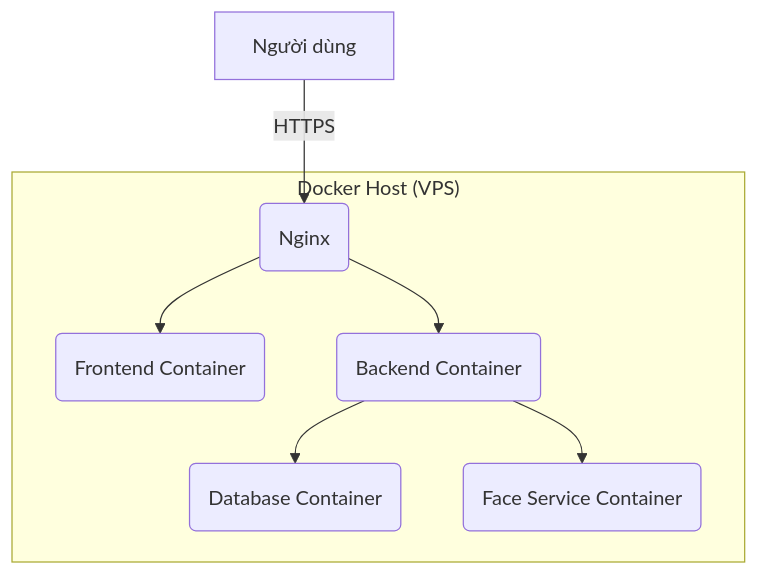
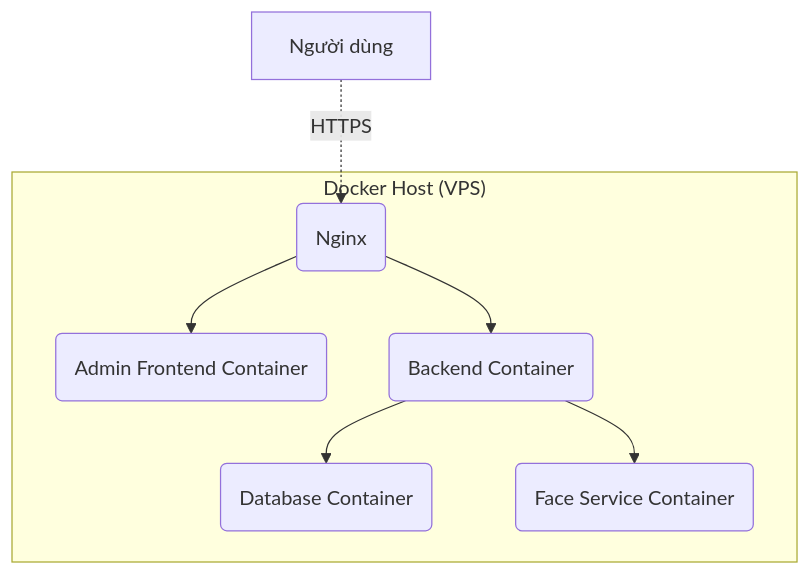
Before and after one commit to hkthao/family-tree-3: the fifth of 5 diagrams in docs/engineering/architecture.md, drawn with Mermaid. The commit also changed other lines of this file and 4 other files, not shown here.

````diff
--- a/docs/engineering/architecture.md
+++ b/docs/engineering/architecture.md
@@ -151,11 +128,11 @@
 ```mermaid
 graph TD
     subgraph "Docker Host (VPS)"
-        A(Nginx) --> B(Frontend Container)
+        A(Nginx) --> B(Admin Frontend Container)
         A --> C(Backend Container)
         C --> D(Database Container)
         C --> F(Face Service Container)
     end
 
-    E[Người dùng] -->|HTTPS| A
+    E[Người dùng] -.->|HTTPS| A
 ```
````
